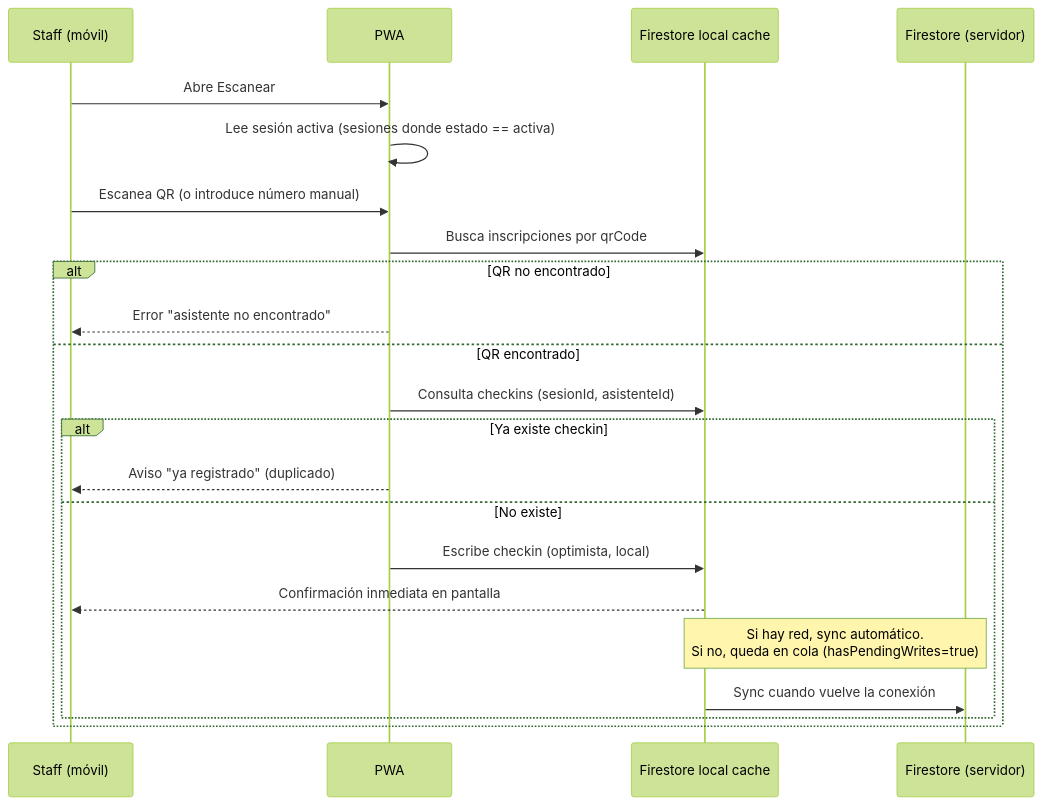
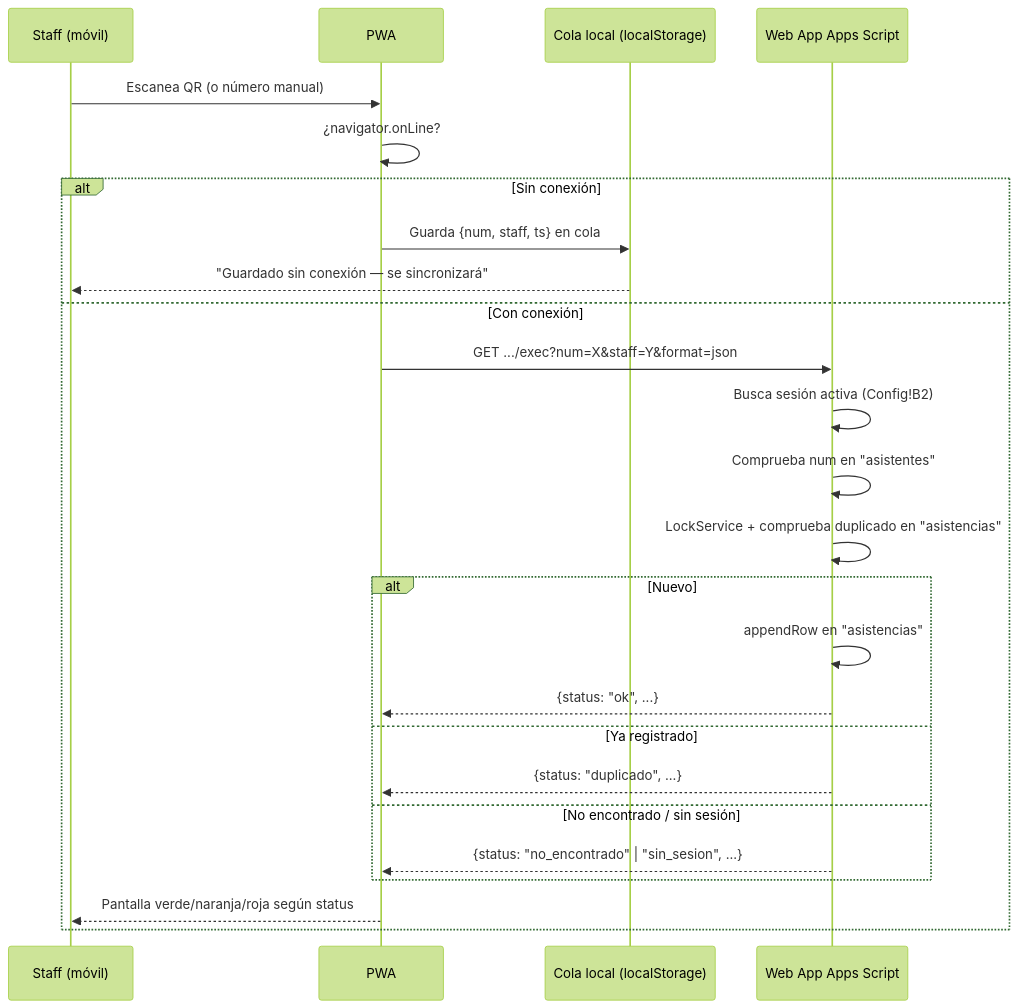
Before and after one commit to paulans17/AJ-app: the second of 5 diagrams in docs/FLOWS.md, drawn with Mermaid (forest theme). The commit also changed other lines of this file and 9 other files, not shown here.

First line of the commit message:
Pivote: backend de Google Sheets + Apps Script (real, no Firestore) para Staff AJapp

````diff
--- a/docs/FLOWS.md
+++ b/docs/FLOWS.md
@@ -29,25 +32,28 @@
 ```mermaid
 sequenceDiagram
     participant U as Staff (móvil)
     participant App as PWA
-    participant Cache as Firestore local cache
-    participant FS as Firestore (servidor)
+    participant Q as Cola local (localStorage)
+    participant WA as Web App Apps Script
 
-    U->>App: Abre Escanear
-    App->>App: Lee sesión activa (sesiones donde estado == activa)
-    U->>App: Escanea QR (o introduce número manual)
-    App->>Cache: Busca inscripciones por qrCode
-    alt QR no encontrado
-        App-->>U: Error "asistente no encontrado"
-    else QR encontrado
-        App->>Cache: Consulta checkins (sesionId, asistenteId)
-        alt Ya existe checkin
-            App-->>U: Aviso "ya registrado" (duplicado)
-        else No existe
-            App->>Cache: Escribe checkin (optimista, local)
-            Cache-->>U: Confirmación inmediata en pantalla
-            Note over Cache,FS: Si hay red, sync automático.<br/>Si no, queda en cola (hasPendingWrites=true)
-            Cache->>FS: Sync cuando vuelve la conexión
+    U->>App: Escanea QR (o número manual)
+    App->>App: ¿navigator.onLine?
+    alt Sin conexión
+        App->>Q: Guarda {num, staff, ts} en cola
+        Q-->>U: "Guardado sin conexión — se sincronizará"
+    else Con conexión
+        App->>WA: GET .../exec?num=X&staff=Y&format=json
+        WA->>WA: Busca sesión activa (Config!B2)
+        WA->>WA: Comprueba num en "asistentes"
+        WA->>WA: LockService + comprueba duplicado en "asistencias"
+        alt Nuevo
+            WA->>WA: appendRow en "asistencias"
+            WA-->>App: {status: "ok", ...}
+        else Ya registrado
+            WA-->>App: {status: "duplicado", ...}
+        else No encontrado / sin sesión
+            WA-->>App: {status: "no_encontrado" | "sin_sesion", ...}
         end
+        App-->>U: Pantalla verde/naranja/roja según status
     end
 ```
````
